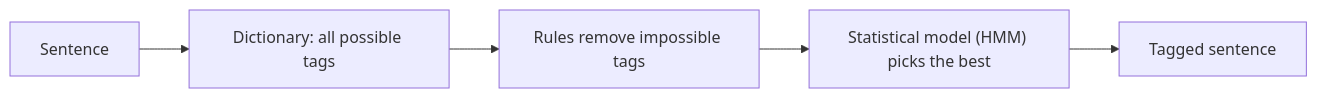
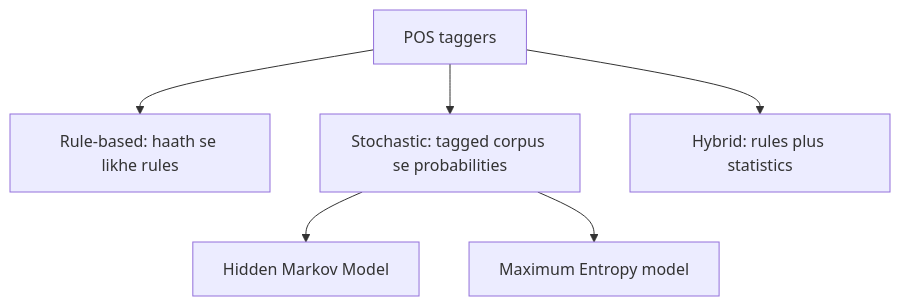
One commit to TrendySloth1001/sem-seven-notes changed the fourth of 5 diagrams in content/natural-language-processing/notes/pos-tagging.hi.mdx. Above: the diagram before and after it, drawn with Mermaid. The commit also changed other lines of this file and 406 other files, not shown here.

Commit message:
Rewrite all NLP notes and answers from the teachers' class files and add both class assignments with solutions. They cite only the class notes, solved PYQs, assignment solution and Module 6 slides, use 67 class figures, and drop the web references and Wikimedia images.

````diff
--- a/content/natural-language-processing/notes/pos-tagging.hi.mdx
+++ b/content/natural-language-processing/notes/pos-tagging.hi.mdx
@@ -749,8 +126,9 @@
 ```mermaid
-%% caption: Ek common hybrid design. Rules pehle woh tags hata dete hain jo context mein fit nahi hote; phir statistical model bache hue tags mein se chunta hai.
-flowchart LR
-  A["Sentence"] --> B["Dictionary: all possible tags"]
-  B --> C["Rules remove impossible tags"]
-  C --> D["Statistical model (HMM) picks the best"]
-  D --> E["Tagged sentence"]
+%% caption: POS taggers ke families. Pehle do class answers mein hain; teesra dono ko milata hai.
+flowchart TD
+  A["POS taggers"] --> B["Rule-based: haath se likhe rules"]
+  A --> C["Stochastic: tagged corpus se probabilities"]
+  A --> D["Hybrid: rules plus statistics"]
+  C --> C1["Hidden Markov Model"]
+  C --> C2["Maximum Entropy model"]
 ```
````
